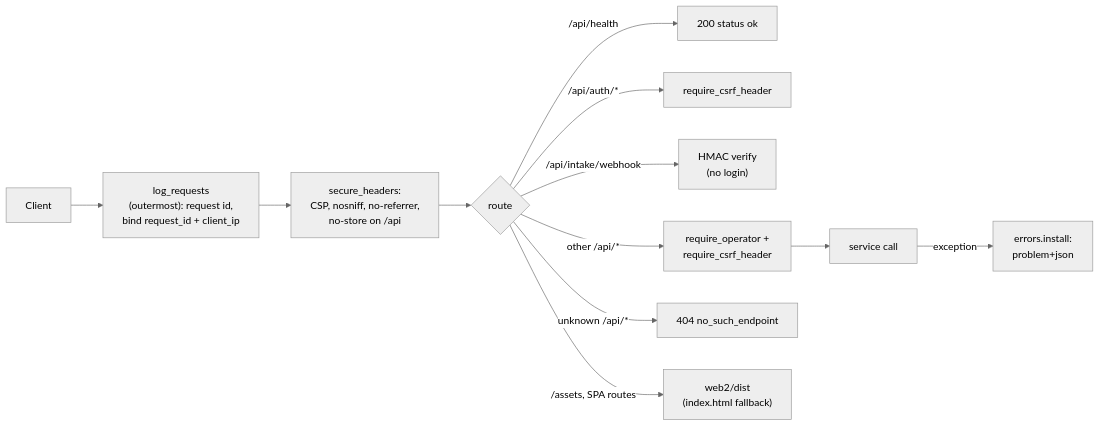
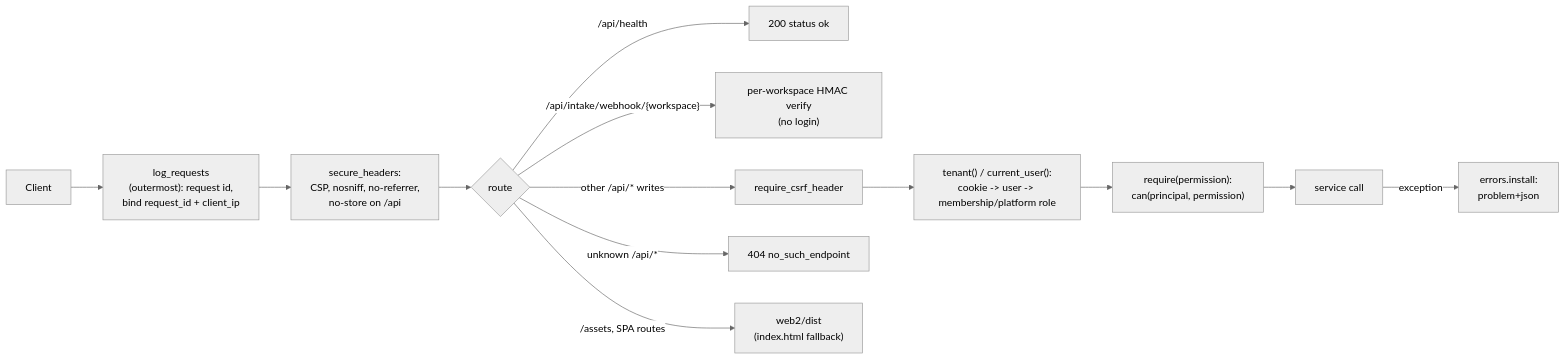
Before and after one commit to rahul-trip/email_campaign: the diagram in docs/technical/lld/api.md, drawn with Mermaid (neutral theme). The commit also changed other lines of this file, not shown here.

First line of the commit message:
Rewrite api.md for accounts, permissions and the grown router surface

````diff
--- a/docs/technical/lld/api.md
+++ b/docs/technical/lld/api.md
@@ -48,14 +49,15 @@
 ```mermaid
 flowchart LR
     C[Client] --> L["log_requests<br/>(outermost): request id,<br/>bind request_id + client_ip"]
     L --> H["secure_headers:<br/>CSP, nosniff, no-referrer,<br/>no-store on /api"]
     H --> R{route}
     R -->|"/api/health"| OK[200 status ok]
-    R -->|"/api/auth/*"| A1["require_csrf_header"]
-    R -->|"/api/intake/webhook"| W["HMAC verify<br/>(no login)"]
-    R -->|"other /api/*"| G["require_operator +<br/>require_csrf_header"]
+    R -->|"/api/intake/webhook/{workspace}"| W["per-workspace HMAC verify<br/>(no login)"]
+    R -->|"other /api/* writes"| CSRF["require_csrf_header"]
+    CSRF --> T["tenant() / current_user():<br/>cookie -> user -> membership/platform role"]
+    T --> G["require(permission):<br/>can(principal, permission)"]
     R -->|"unknown /api/*"| NF["404 no_such_endpoint"]
     R -->|"/assets, SPA routes"| S["web2/dist<br/>(index.html fallback)"]
     G --> SV[service call]
     SV -->|exception| E["errors.install:<br/>problem+json"]
 ```
````
